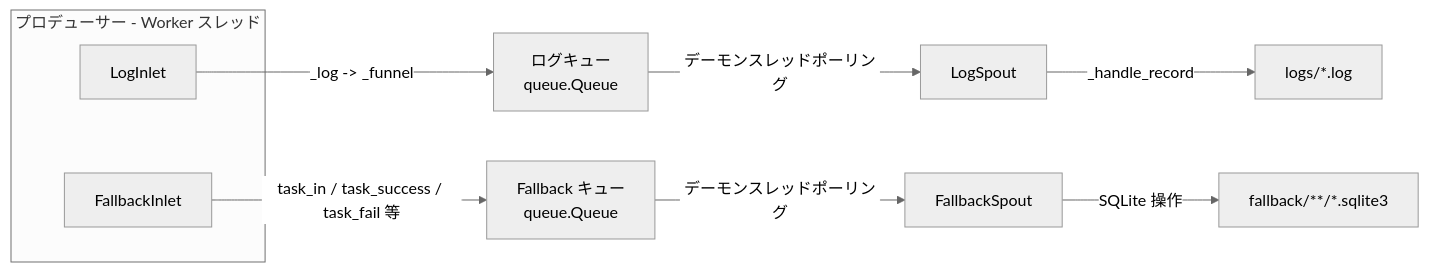
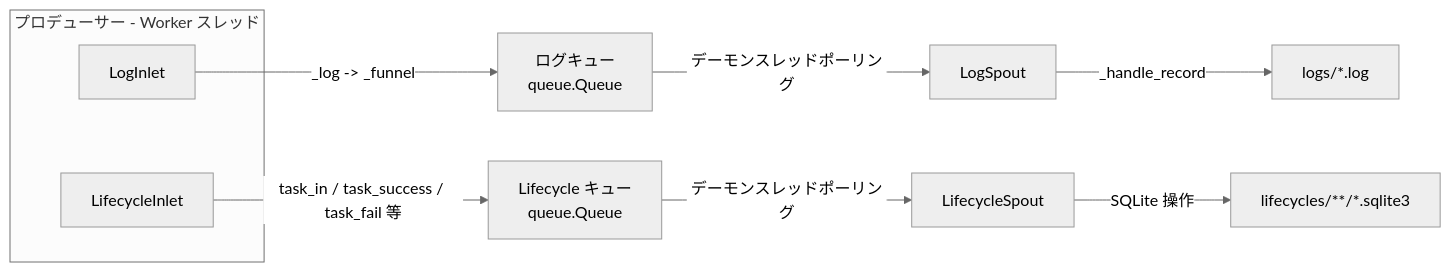
Before and after one commit to Mr-xiaotian/CelestialFlow: the diagram in docs/ja/src/persistence/__init__.md, drawn with Mermaid (neutral theme). The commit also changed other lines of this file and 233 other files, not shown here.

````diff
--- a/docs/ja/src/persistence/__init__.md
+++ b/docs/ja/src/persistence/__init__.md
@@ -69,16 +79,16 @@
 ```mermaid
 flowchart LR
     subgraph Producer[プロデューサー - Worker スレッド]
         LogInlet[LogInlet]
-        FallbackInlet[FallbackInlet]
+        LifecycleInlet[LifecycleInlet]
     end
 
     LogInlet -->|_log -> _funnel| LogQueue[ログキュー<br/>queue.Queue]
-    FallbackInlet -->|task_in / task_success / task_fail 等| FallbackQueue[Fallback キュー<br/>queue.Queue]
+    LifecycleInlet -->|task_in / task_success / task_fail 等| LifecycleQueue[Lifecycle キュー<br/>queue.Queue]
 
     LogQueue -->|デーモンスレッドポーリング| LogSpout[LogSpout]
-    FallbackQueue -->|デーモンスレッドポーリング| FallbackSpout[FallbackSpout]
+    LifecycleQueue -->|デーモンスレッドポーリング| LifecycleSpout[LifecycleSpout]
 
     LogSpout -->|_handle_record| LogFile[logs/*.log]
-    FallbackSpout -->|SQLite 操作| SQLiteFile[fallback/**/*.sqlite3]
+    LifecycleSpout -->|SQLite 操作| SQLiteFile[lifecycles/**/*.sqlite3]
 ```
````
